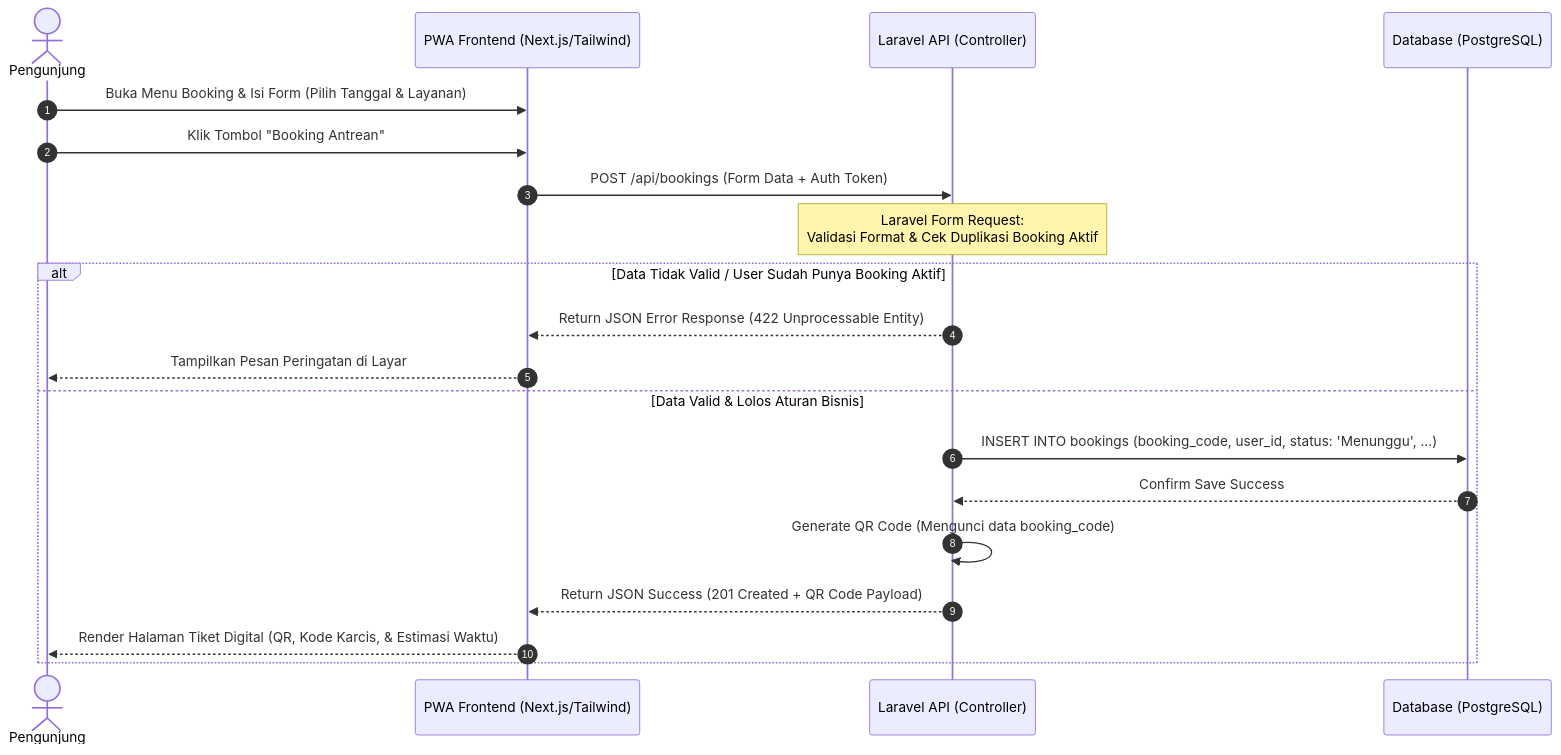
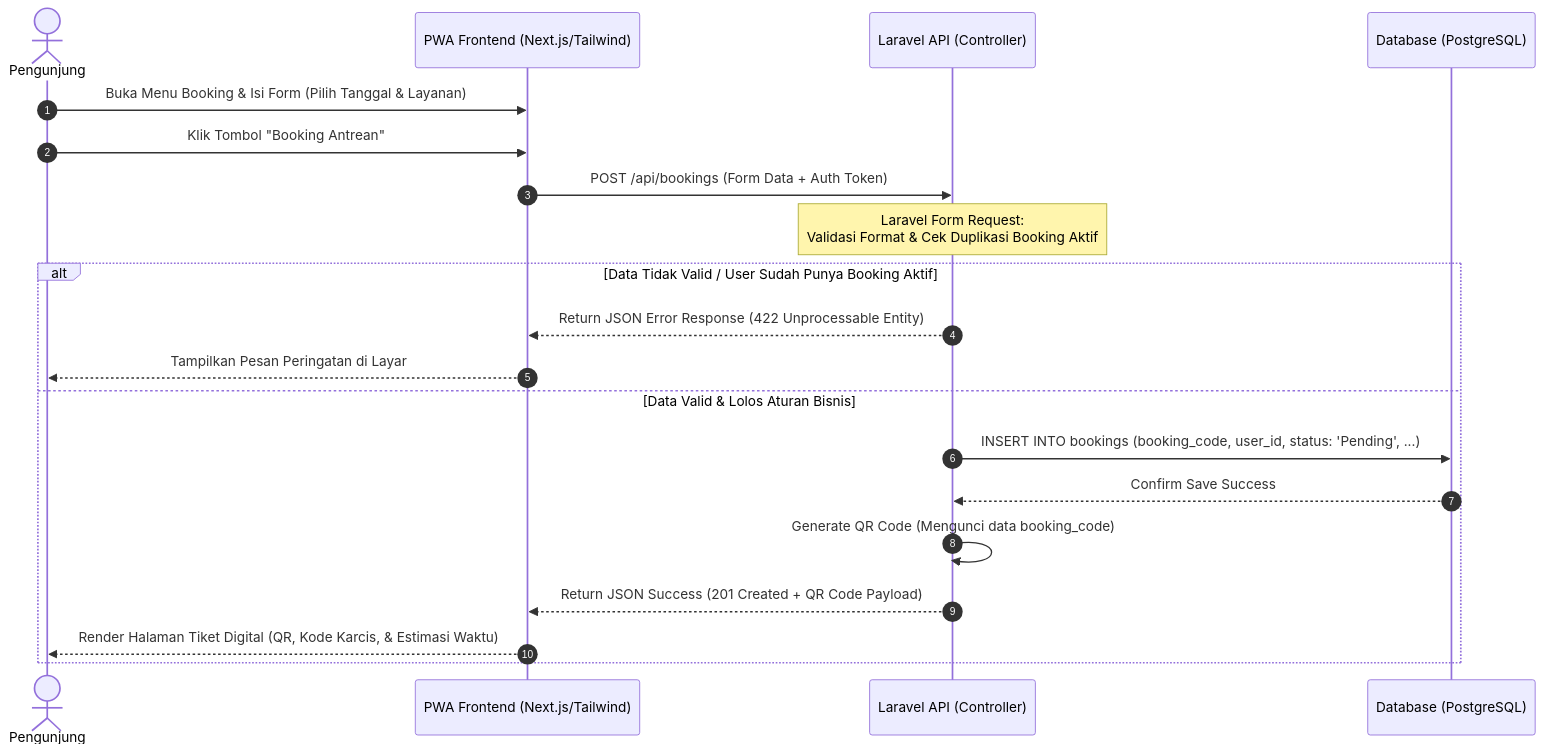
One commit to zakyrmh/pbl-spektra changed the diagram in docs/diagrams/sequence-diagram/1-booking-mandiri.md. Above: the diagram before and after it, drawn with Mermaid. The commit also changed 12 other files, not shown here.

Commit message:
docs: refactor and sync all diagrams with production database schema and english enums

````diff
--- a/docs/diagrams/sequence-diagram/1-booking-mandiri.md
+++ b/docs/diagrams/sequence-diagram/1-booking-mandiri.md
@@ -1,25 +1,25 @@
 ```mermaid
 sequenceDiagram
     autonumber
     actor PV as Pengunjung
     participant FE as PWA Frontend (Next.js/Tailwind)
     participant BE as Laravel API (Controller)
     participant DB as Database (PostgreSQL)
 
     PV->>FE: Buka Menu Booking & Isi Form (Pilih Tanggal & Layanan)
     PV->>FE: Klik Tombol "Booking Antrean"
     FE->>BE: POST /api/bookings (Form Data + Auth Token)
 
     Note over BE: Laravel Form Request:<br/>Validasi Format & Cek Duplikasi Booking Aktif
 
     alt Data Tidak Valid / User Sudah Punya Booking Aktif
         BE-->>FE: Return JSON Error Response (422 Unprocessable Entity)
         FE-->>PV: Tampilkan Pesan Peringatan di Layar
     else Data Valid & Lolos Aturan Bisnis
-        BE->>DB: INSERT INTO bookings (booking_code, user_id, status: 'Menunggu', ...)
+        BE->>DB: INSERT INTO bookings (booking_code, user_id, status: 'Pending', ...)
         DB-->>BE: Confirm Save Success
         BE->>BE: Generate QR Code (Mengunci data booking_code)
         BE-->>FE: Return JSON Success (201 Created + QR Code Payload)
         FE-->>PV: Render Halaman Tiket Digital (QR, Kode Karcis, & Estimasi Waktu)
     end
 ```
````
